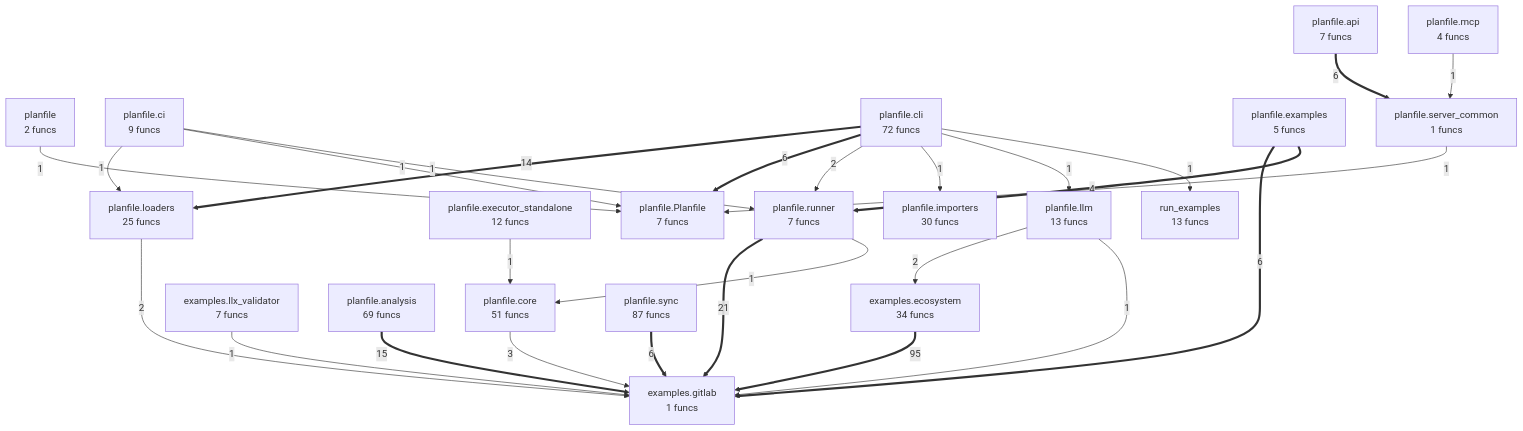
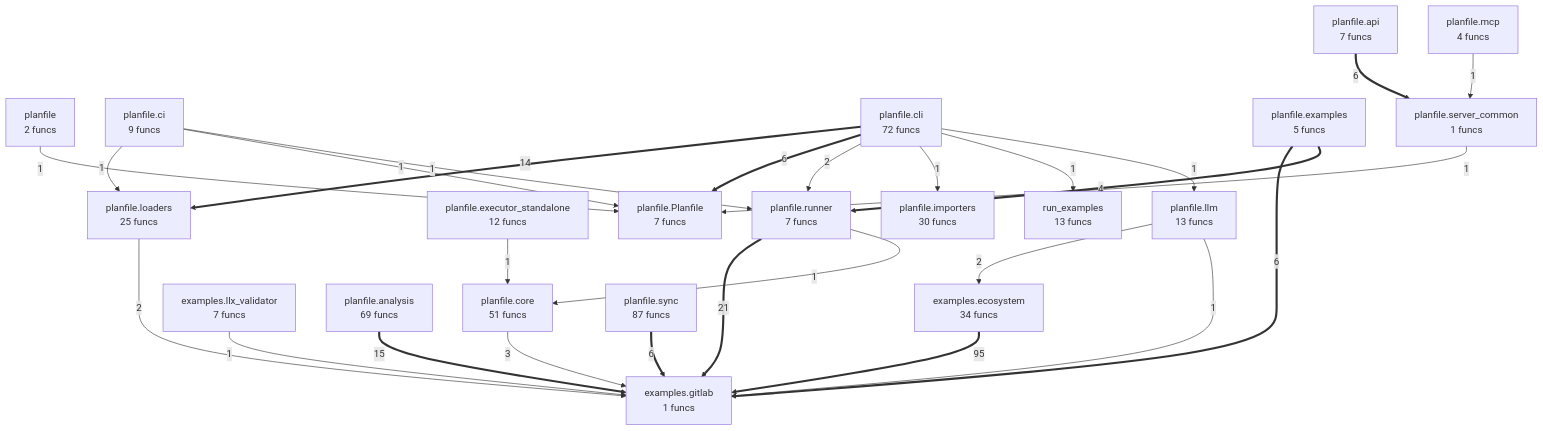
Before and after one commit to semcod/planfile: the diagram in project/compact_flow.mmd, drawn with Mermaid. The commit also changed other lines of this file and 22 other files, not shown here.

```diff
--- a/project/compact_flow.mmd
+++ b/project/compact_flow.mmd
@@ -1,47 +1,47 @@
 flowchart TD
     examples__ecosystem["examples.ecosystem<br/>34 funcs"]
     examples__gitlab["examples.gitlab<br/>1 funcs"]
     examples__llx_validator["examples.llx_validator<br/>7 funcs"]
     planfile["planfile<br/>2 funcs"]
     planfile__Planfile["planfile.Planfile<br/>7 funcs"]
     planfile__analysis["planfile.analysis<br/>69 funcs"]
     planfile__api["planfile.api<br/>7 funcs"]
     planfile__ci["planfile.ci<br/>9 funcs"]
     planfile__cli["planfile.cli<br/>72 funcs"]
     planfile__core["planfile.core<br/>51 funcs"]
     planfile__examples["planfile.examples<br/>5 funcs"]
     planfile__executor_standalone["planfile.executor_standalone<br/>12 funcs"]
     planfile__importers["planfile.importers<br/>30 funcs"]
     planfile__llm["planfile.llm<br/>13 funcs"]
     planfile__loaders["planfile.loaders<br/>25 funcs"]
     planfile__mcp["planfile.mcp<br/>4 funcs"]
     planfile__runner["planfile.runner<br/>7 funcs"]
     planfile__server_common["planfile.server_common<br/>1 funcs"]
     planfile__sync["planfile.sync<br/>87 funcs"]
     run_examples["run_examples<br/>13 funcs"]
     examples__ecosystem ==>|95| examples__gitlab
     planfile__runner ==>|21| examples__gitlab
     planfile__analysis ==>|15| examples__gitlab
     planfile__cli ==>|14| planfile__loaders
     planfile__examples ==>|6| examples__gitlab
     planfile__sync ==>|6| examples__gitlab
+    planfile__cli ==>|6| planfile__Planfile
     planfile__api ==>|6| planfile__server_common
-    planfile__cli ==>|6| planfile__Planfile
     planfile__examples ==>|4| planfile__runner
     planfile__core -->|3| examples__gitlab
     planfile__loaders -->|2| examples__gitlab
+    planfile__cli -->|2| planfile__runner
     planfile__llm -->|2| examples__ecosystem
-    planfile__cli -->|2| planfile__runner
+    examples__llx_validator -->|1| examples__gitlab
     planfile__server_common -->|1| planfile__Planfile
     planfile -->|1| planfile__Planfile
-    examples__llx_validator -->|1| examples__gitlab
     planfile__runner -->|1| planfile__core
     planfile__executor_standalone -->|1| planfile__core
     planfile__ci -->|1| planfile__loaders
     planfile__ci -->|1| planfile__Planfile
     planfile__ci -->|1| planfile__runner
+    planfile__cli -->|1| planfile__importers
+    planfile__cli -->|1| run_examples
+    planfile__cli -->|1| planfile__llm
     planfile__llm -->|1| examples__gitlab
     planfile__mcp -->|1| planfile__server_common
-    planfile__cli -->|1| planfile__importers
-    planfile__cli -->|1| planfile__llm
-    planfile__cli -->|1| run_examples
```
